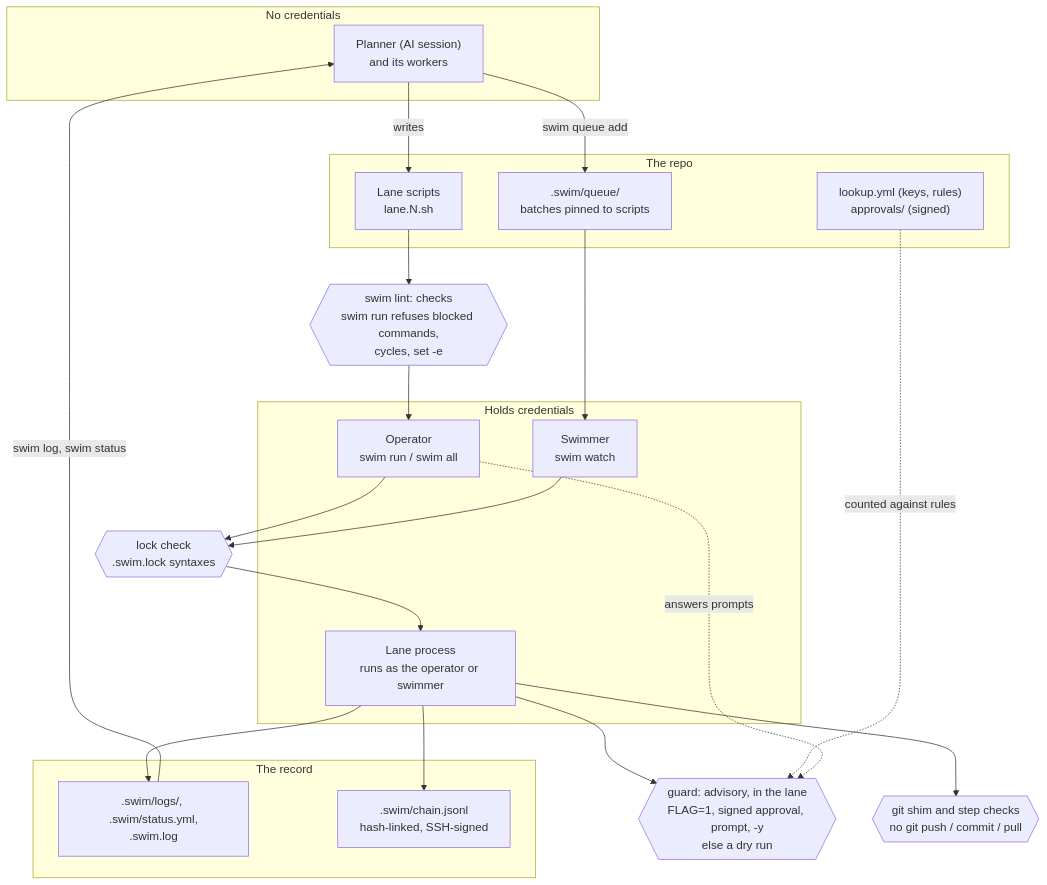
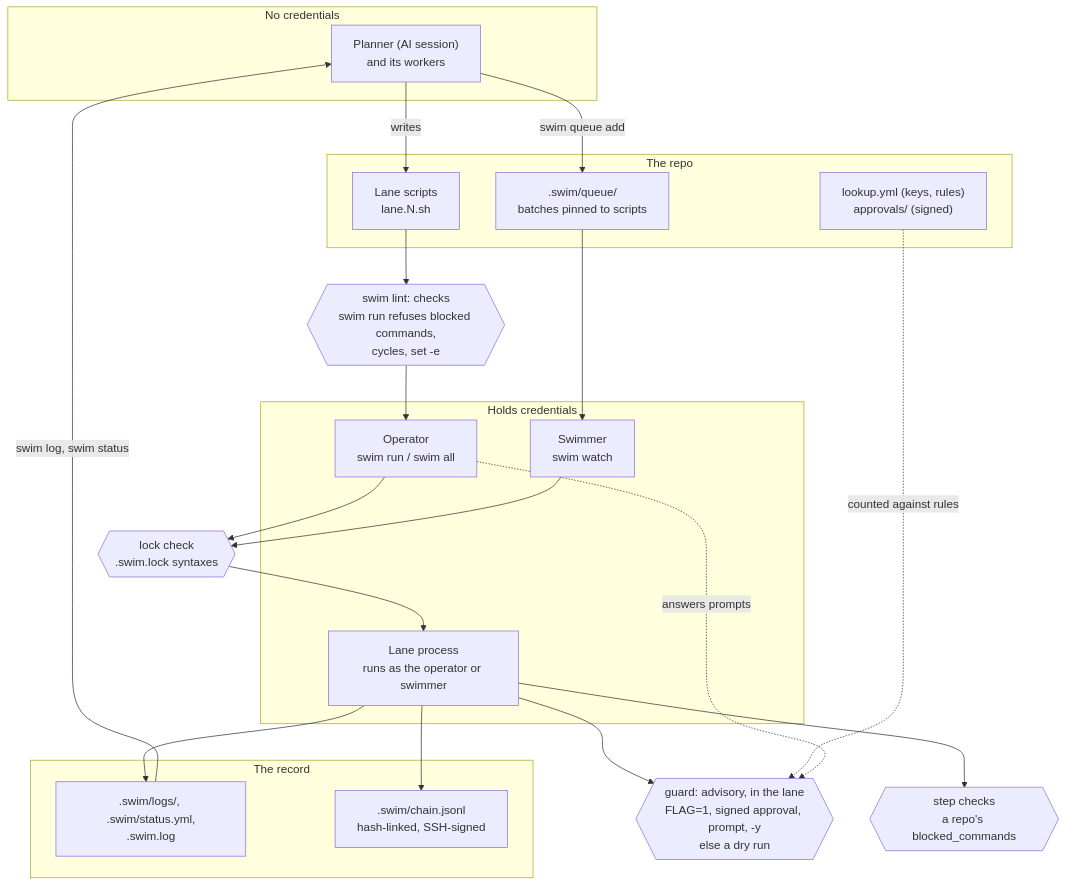
The diagram in docs/architecture.md (gates-brightly/swimlane), drawn with Mermaid before and after one commit. The commit also changed other lines of this file and 40 other files, not shown here.

````diff
--- a/docs/architecture.md
+++ b/docs/architecture.md
@@ -9,36 +9,36 @@
 ```mermaid
 flowchart TD
   subgraph nocreds["No credentials"]
     P["Planner (AI session)<br/>and its workers"]
   end
   subgraph repo["The repo"]
     L["Lane scripts<br/>lane.N.sh"]
     K["lookup.yml (keys, rules)<br/>approvals/ (signed)"]
     Q[".swim/queue/<br/>batches pinned to scripts"]
   end
   subgraph creds["Holds credentials"]
     O["Operator<br/>swim run / swim all"]
     W["Swimmer<br/>swim watch"]
     X["Lane process<br/>runs as the operator or swimmer"]
   end
   subgraph record["The record"]
     S[".swim/logs/, .swim/status.yml,<br/>.swim.log"]
     C[".swim/chain.jsonl<br/>hash-linked, SSH-signed"]
   end
 
   P -->|writes| L
   P -->|swim queue add| Q
   L --> PL{{"swim lint: checks<br/>swim run refuses blocked commands,<br/>cycles, set -e"}}
   PL --> O
   Q --> W
   O --> LK{{"lock check<br/>.swim.lock syntaxes"}}
   W --> LK
   LK --> X
   X --> G{{"guard: advisory, in the lane<br/>FLAG=1, signed approval, prompt, -y<br/>else a dry run"}}
   K -.->|counted against rules| G
   O -.->|answers prompts| G
-  X --> SH{{"git shim and step checks<br/>no git push / commit / pull"}}
+  X --> SH{{"step checks<br/>a repo's blocked_commands"}}
   X --> S
   X --> C
   S -->|swim log, swim status| P
 ```
````
